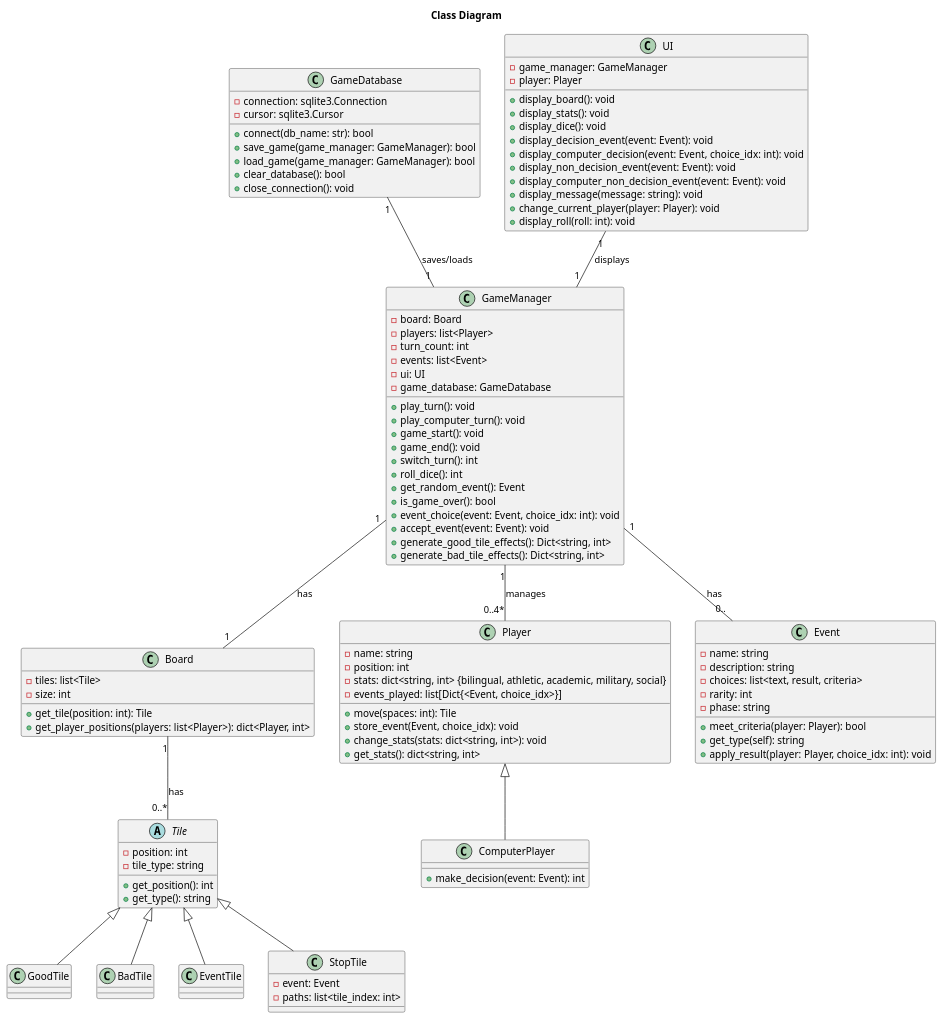
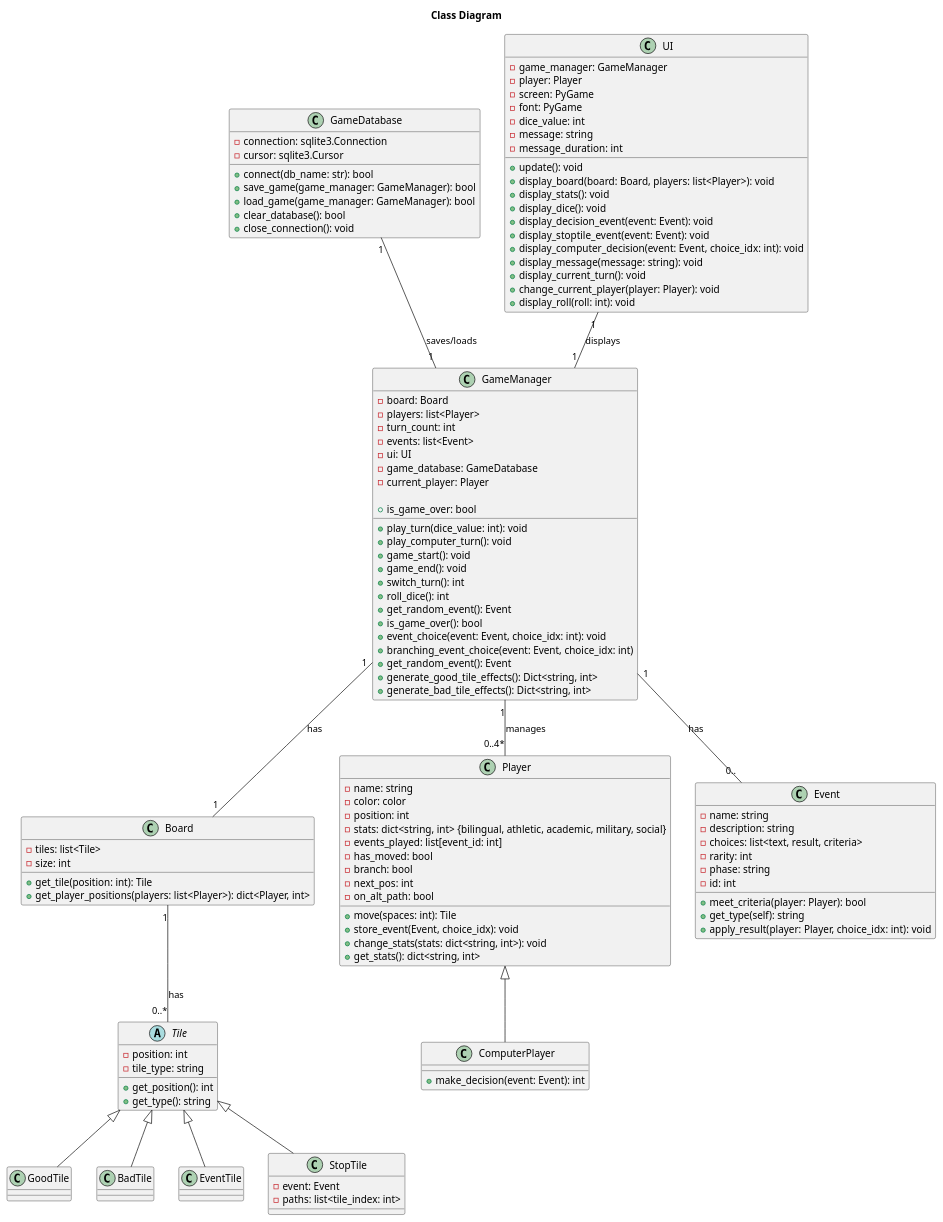
Before and after one commit to CSE-362-2025/BoardGameProject: the diagram in diagrams/class_diagram.puml, drawn with PlantUML. The commit also changed 3 other files, not shown here.

Commit message:
updated class diagram

```diff
--- a/diagrams/class_diagram.puml
+++ b/diagrams/class_diagram.puml
@@ -1,141 +1,156 @@
 @startuml class_diagram
 title "Class Diagram"
 ' skinparam shadowing false
 ' skinparam classAttributeIconSize 0
 
 class GameDatabase {
     
     - connection: sqlite3.Connection
     - cursor: sqlite3.Cursor
 
     + connect(db_name: str): bool
     + save_game(game_manager: GameManager): bool
     + load_game(game_manager: GameManager): bool
     + clear_database(): bool
     + close_connection(): void
 
 }
 
 class Board {
 
     - tiles: list<Tile>
     - size: int
 
     + get_tile(position: int): Tile
     + get_player_positions(players: list<Player>): dict<Player, int>
 }
 
 abstract class Tile {
 
     - position: int
     - tile_type: string
 
     + get_position(): int
     + get_type(): string
 }
 
 class GoodTile {
 }
 
 class BadTile {
 }
 
 class EventTile {
 }
 
 class StopTile {
     - event: Event
     - paths: list<tile_index: int>
 
 }
 
 class Player {
 
     - name: string
+    - color: color
     - position: int
     - stats: dict<string, int> {bilingual, athletic, academic, military, social}
-    - events_played: list[Dict{<Event, choice_idx>}]
+    - events_played: list[event_id: int]
+    - has_moved: bool
+    - branch: bool
+    - next_pos: int
+    - on_alt_path: bool
 
     + move(spaces: int): Tile
     + store_event(Event, choice_idx): void
     + change_stats(stats: dict<string, int>): void
     + get_stats(): dict<string, int>
 
 }
 
 class ComputerPlayer {
 
     + make_decision(event: Event): int
 }
 
 class Event {
 
     - name: string
     - description: string
     - choices: list<text, result, criteria>
     - rarity: int
     - phase: string
+    - id: int
 
     + meet_criteria(player: Player): bool
     + get_type(self): string
     + apply_result(player: Player, choice_idx: int): void
 }
 
 
 class GameManager {
 
     - board: Board
     - players: list<Player>
     - turn_count: int
     - events: list<Event>
     - ui: UI
     - game_database: GameDatabase
+    - current_player: Player
 
-    + play_turn(): void
+    + play_turn(dice_value: int): void
     + play_computer_turn(): void
     + game_start(): void
     + game_end(): void
     + switch_turn(): int
     + roll_dice(): int
     + get_random_event(): Event
     + is_game_over(): bool
     + event_choice(event: Event, choice_idx: int): void
-    + accept_event(event: Event): void
+    + branching_event_choice(event: Event, choice_idx: int)
+    + get_random_event(): Event
+    + is_game_over: bool
     + generate_good_tile_effects(): Dict<string, int>
     + generate_bad_tile_effects(): Dict<string, int>
 }
 
 class UI {
 
     - game_manager: GameManager
     - player: Player
+    - screen: PyGame
+    - font: PyGame
+    - dice_value: int
+    - message: string
+    - message_duration: int
 
-    + display_board(): void
+    + update(): void
+    + display_board(board: Board, players: list<Player>): void
     + display_stats(): void
     + display_dice(): void
     + display_decision_event(event: Event): void
+    + display_stoptile_event(event: Event): void
     + display_computer_decision(event: Event, choice_idx: int): void
-    + display_non_decision_event(event: Event): void
-    + display_computer_non_decision_event(event: Event): void
     + display_message(message: string): void
+    + display_current_turn(): void
     + change_current_player(player: Player): void
     + display_roll(roll: int): void
 }
 
 
 ' Relationships
 
 Board "1" -- "0..*" Tile : "has"
 GameDatabase "1" -- "1" GameManager : "saves/loads"
 GameManager "1" -- "0..4*" Player : "manages"
 GameManager "1" -- "1" Board : "has"
 GameManager "1" -- "0.." Event : "has"
 UI "1" -- "1" GameManager : "displays"
 Tile <|-- GoodTile
 Tile <|-- BadTile
 Tile <|-- EventTile
 Tile <|-- StopTile
 Player <|-- ComputerPlayer
 
 
 @enduml
```
